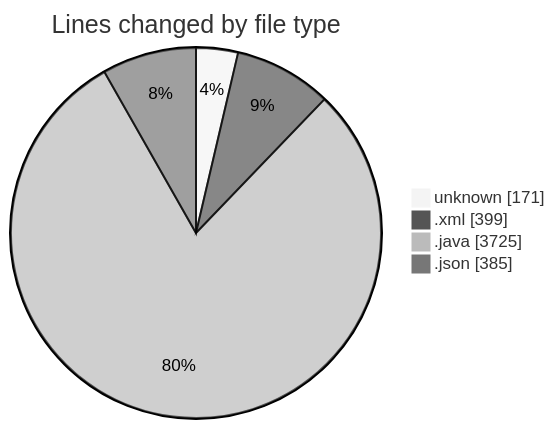
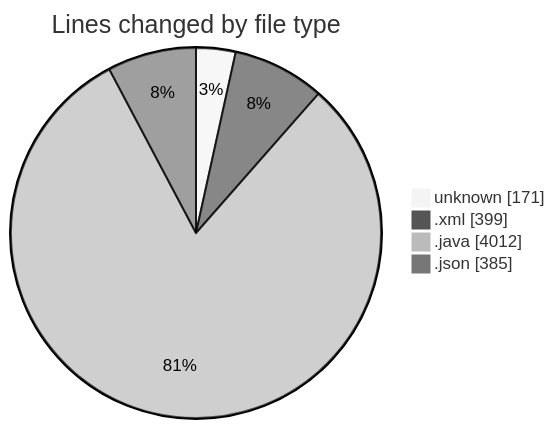
The first of 2 diagrams in 2025-02-24/micros/README.md (charlie-sans/code-tracking), drawn with Mermaid (neutral theme) before and after one commit. The commit also changed other lines of this file and 1 other file, not shown here.

````diff
--- a/2025-02-24/micros/README.md
+++ b/2025-02-24/micros/README.md
@@ -33,8 +34,8 @@
 ```mermaid
 pie showData
 title Lines changed by file type
 "unknown" : 171
 ".xml" : 399
-".java" : 3725
+".java" : 4012
 ".json" : 385
 ```
````
